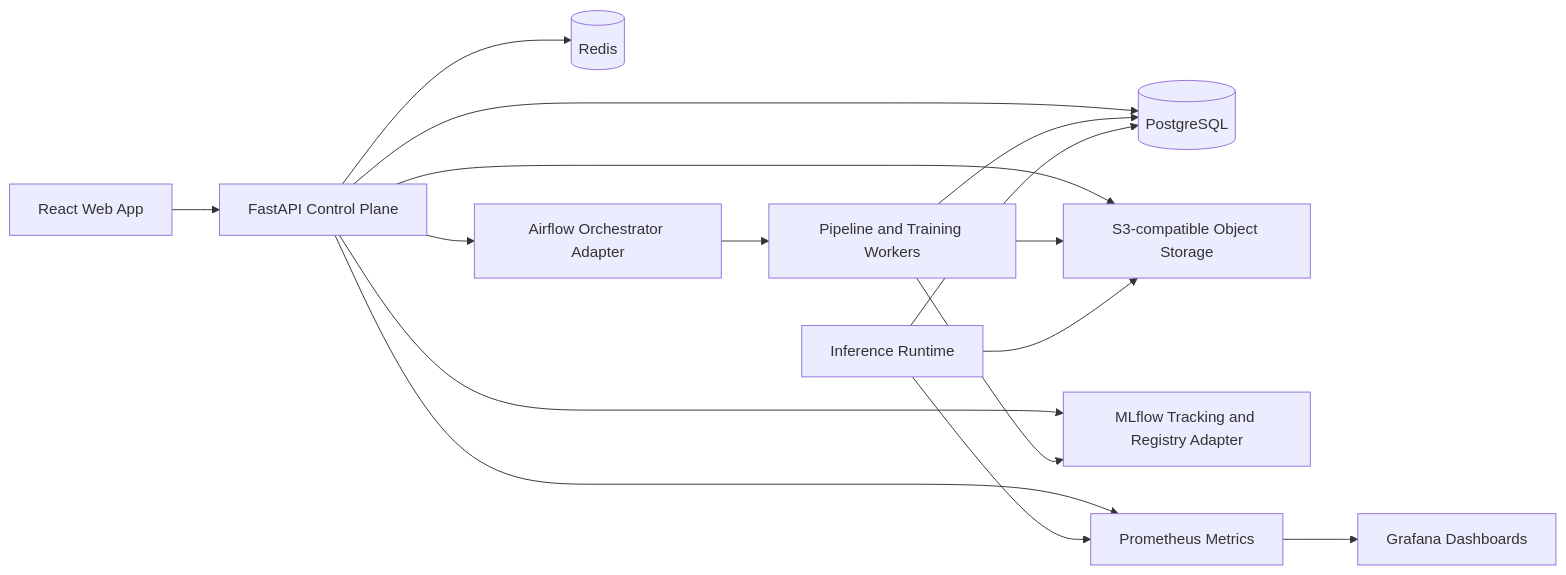
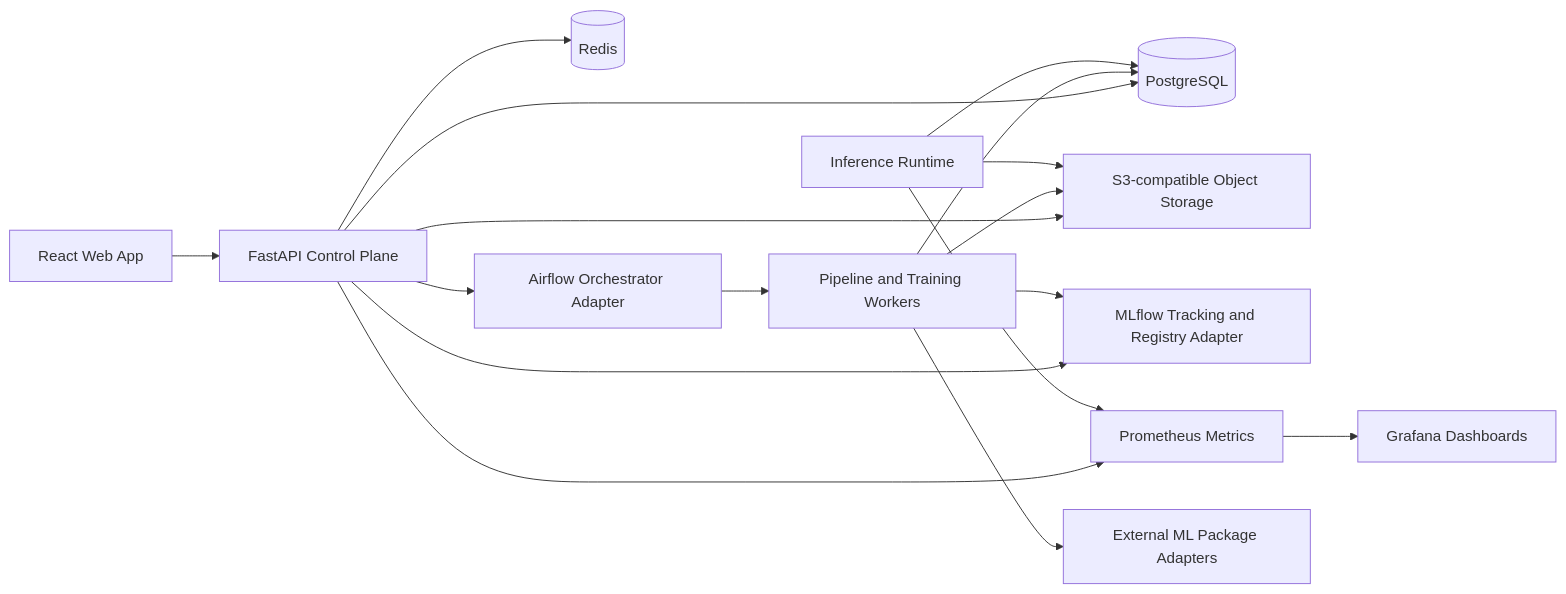
Before and after one commit to coreyheckel3/ml-platform: the diagram in outputs/forgeml/docs/01-system-architecture.md, drawn with Mermaid. The commit also changed other lines of this file and 51 other files, not shown here.

````diff
--- a/outputs/forgeml/docs/01-system-architecture.md
+++ b/outputs/forgeml/docs/01-system-architecture.md
@@ -16,18 +16,19 @@
 ```mermaid
 flowchart LR
   UI["React Web App"] --> API["FastAPI Control Plane"]
   API --> DB[("PostgreSQL")]
   API --> Redis[("Redis")]
   API --> Obj["S3-compatible Object Storage"]
   API --> MLflow["MLflow Tracking and Registry Adapter"]
   API --> Airflow["Airflow Orchestrator Adapter"]
   API --> Metrics["Prometheus Metrics"]
   Airflow --> Workers["Pipeline and Training Workers"]
+  Workers --> ExternalML["External ML Package Adapters"]
   Workers --> Obj
   Workers --> MLflow
   Workers --> DB
   Deploy["Inference Runtime"] --> DB
   Deploy --> Obj
   Deploy --> Metrics
   Metrics --> Grafana["Grafana Dashboards"]
 ```
````
